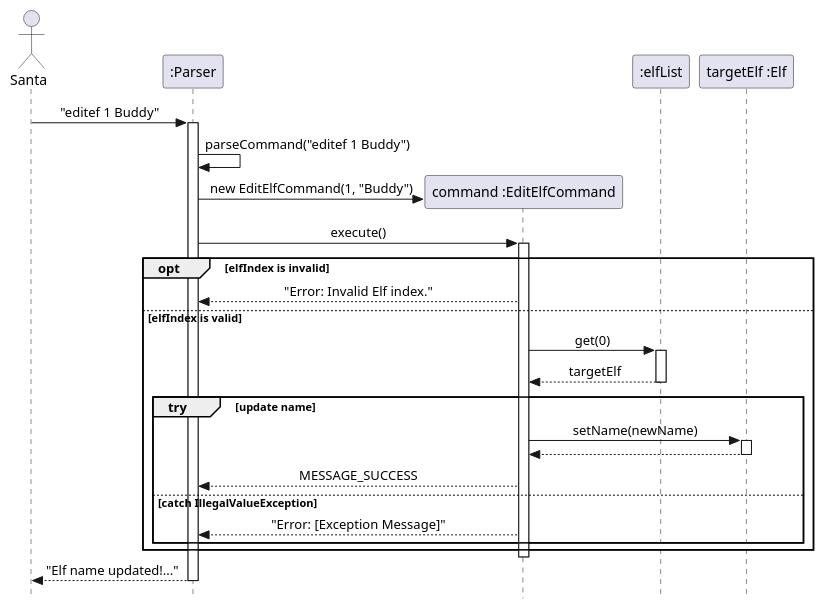
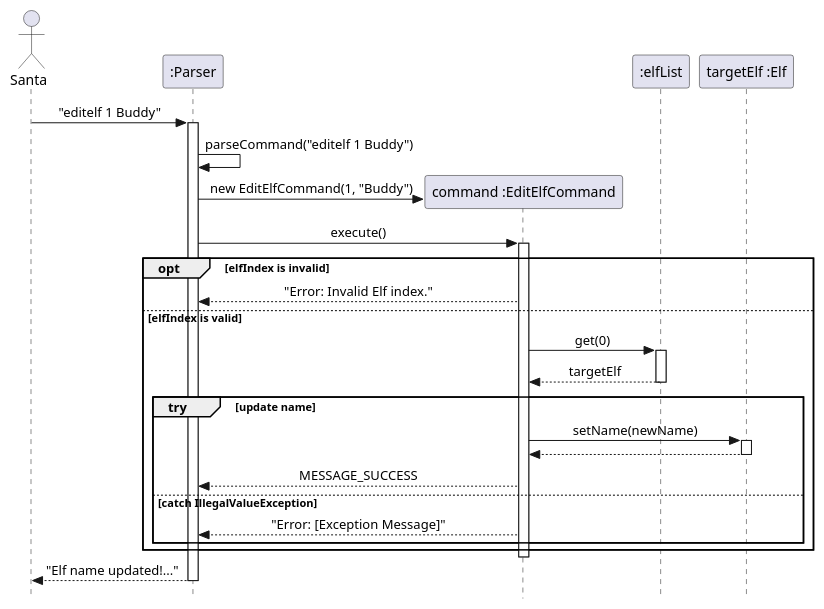
The diagram in docs/diagrams/EditElfSequenceDiagram.puml (Aurosky/tp), drawn with PlantUML before and after one commit. The commit also changed 16 other files, not shown here.

Commit message:
Fix sequence diagram syntax and format DG

```diff
--- a/docs/diagrams/EditElfSequenceDiagram.puml
+++ b/docs/diagrams/EditElfSequenceDiagram.puml
@@ -1,44 +1,44 @@
 @startuml
 skinparam Style strictuml
 skinparam SequenceMessageAlignment center
 
 actor Santa
 participant ":Parser" as Parser
 participant "command :EditElfCommand" as EditElfCommand
 participant ":elfList" as elfList
 participant "targetElf :Elf" as Elf
 
-Santa -> Parser : "editef 1 Buddy"
+Santa -> Parser : "editelf 1 Buddy"
 activate Parser
 
-Parser -> Parser : parseCommand("editef 1 Buddy")
+Parser -> Parser : parseCommand("editelf 1 Buddy")
 create EditElfCommand
 Parser -> EditElfCommand : new EditElfCommand(1, "Buddy")
 
 Parser -> EditElfCommand : execute()
 activate EditElfCommand
 
 opt elfIndex is invalid
     EditElfCommand --> Parser : "Error: Invalid Elf index."
 else elfIndex is valid
     EditElfCommand -> elfList : get(0)
     activate elfList
     elfList --> EditElfCommand : targetElf
     deactivate elfList
 
     group try [update name]
         EditElfCommand -> Elf : setName(newName)
         activate Elf
         Elf --> EditElfCommand
         deactivate Elf
         EditElfCommand --> Parser : MESSAGE_SUCCESS
     else catch IllegalValueException
         EditElfCommand --> Parser : "Error: [Exception Message]"
     end
 end
 
 deactivate EditElfCommand
 Parser --> Santa : "Elf name updated!..."
 deactivate Parser
 
 @enduml
```
